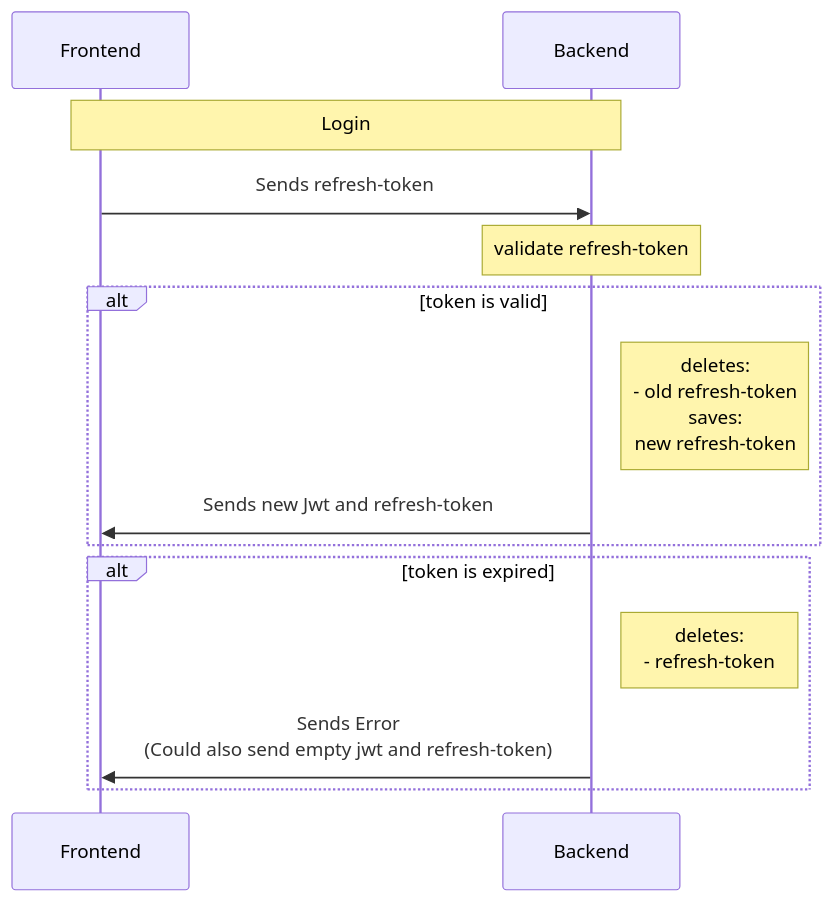
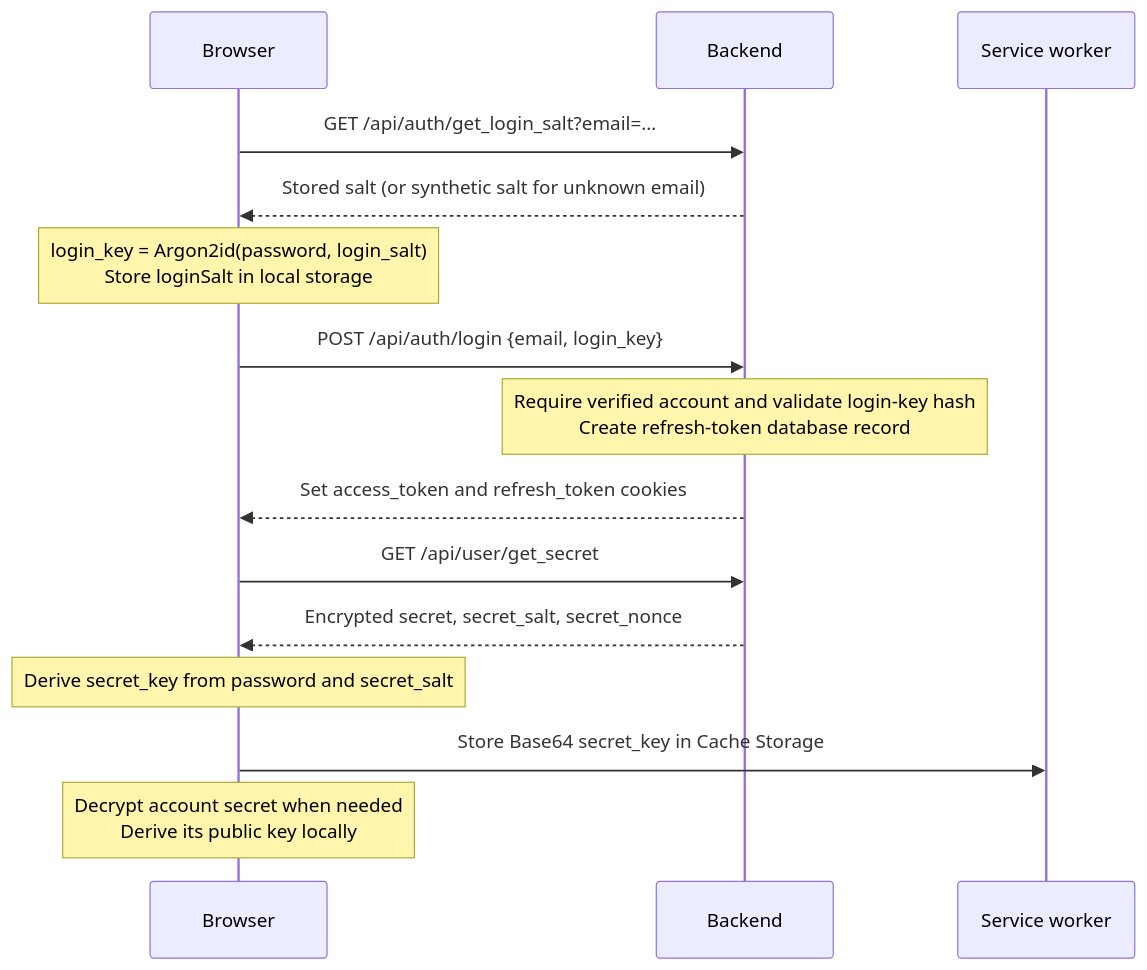
The second of 9 diagrams in sequence.md (Tinkerforge/esp32-remote-access), drawn with Mermaid before and after one commit. The commit also changed other lines of this file and 30 other files, not shown here.

````diff
--- a/sequence.md
+++ b/sequence.md
@@ -67,14 +45,17 @@
 ```mermaid
 sequenceDiagram
-    Note over Frontend, Backend: Login
-    Frontend->>Backend: Sends refresh-token
-    Note over Backend: validate refresh-token
-    alt token is valid
-        Note right of Backend: deletes: <br> - old refresh-token <br> saves: <br> new refresh-token
-        Backend->>Frontend: Sends new Jwt and refresh-token
-    end
-    alt token is expired
-        Note right of Backend: deletes: <br> - refresh-token
-        Backend->> Frontend: Sends Error <br> (Could also send empty jwt and refresh-token)
-    end
+    participant Browser
+    participant Backend
+    participant SW as Service worker
+    Browser->>Backend: GET /api/auth/get_login_salt?email=...
+    Backend-->>Browser: Stored salt (or synthetic salt for unknown email)
+    Note over Browser: login_key = Argon2id(password, login_salt)<br/>Store loginSalt in local storage
+    Browser->>Backend: POST /api/auth/login {email, login_key}
+    Note over Backend: Require verified account and validate login-key hash<br/>Create refresh-token database record
+    Backend-->>Browser: Set access_token and refresh_token cookies
+    Browser->>Backend: GET /api/user/get_secret
+    Backend-->>Browser: Encrypted secret, secret_salt, secret_nonce
+    Note over Browser: Derive secret_key from password and secret_salt
+    Browser->>SW: Store Base64 secret_key in Cache Storage
+    Note over Browser: Decrypt account secret when needed<br/>Derive its public key locally
 ```
````
